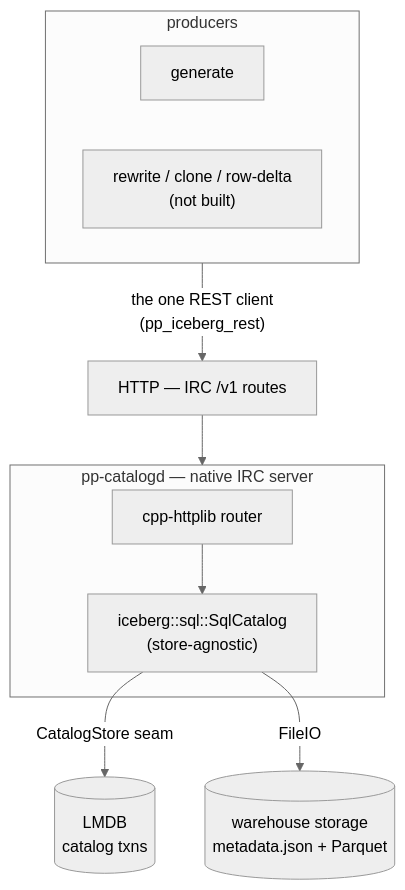
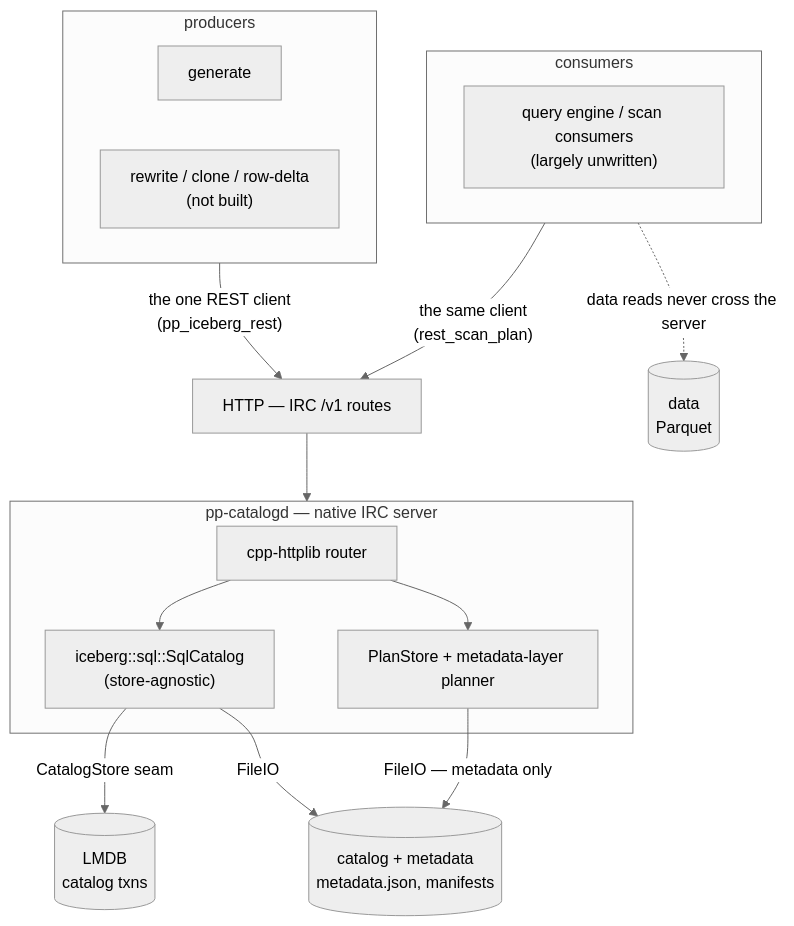
One commit to genamethi/dioph.pp changed the diagram in markdown/data_eng/irc_catalog_design.md. Above: the diagram before and after it, drawn with Mermaid (neutral theme). The commit also changed other lines of this file and 3 other files, not shown here.

First line of the commit message:
docs: bring the data_eng docs in line with server-side planning

````diff
--- a/markdown/data_eng/irc_catalog_design.md
+++ b/markdown/data_eng/irc_catalog_design.md
@@ -17,16 +17,24 @@
 ```mermaid
 flowchart TD
     subgraph tools["producers"]
       gen[generate]
       rew["rewrite / clone / row-delta<br/>(not built)"]
     end
+    subgraph consumers["consumers"]
+      qe["query engine / scan consumers<br/>(largely unwritten)"]
+    end
     tools -->|"the one REST client<br/>(pp_iceberg_rest)"| wire
+    consumers -->|"the same client<br/>(rest_scan_plan)"| wire
     wire["HTTP — IRC /v1 routes"] --> server
     subgraph server["pp-catalogd — native IRC server"]
       router["cpp-httplib router"]
       engine["iceberg::sql::SqlCatalog<br/>(store-agnostic)"]
+      plan["PlanStore + metadata-layer planner"]
       router --> engine
+      router --> plan
     end
     engine -->|"CatalogStore seam"| lmdb[("LMDB<br/>catalog txns")]
-    engine -->|"FileIO"| fs[("warehouse storage<br/>metadata.json + Parquet")]
+    engine -->|"FileIO"| meta[("catalog + metadata<br/>metadata.json, manifests")]
+    plan -->|"FileIO — metadata only"| meta
+    consumers -.->|"data reads never cross the server"| data[("data<br/>Parquet")]
 ```
````
